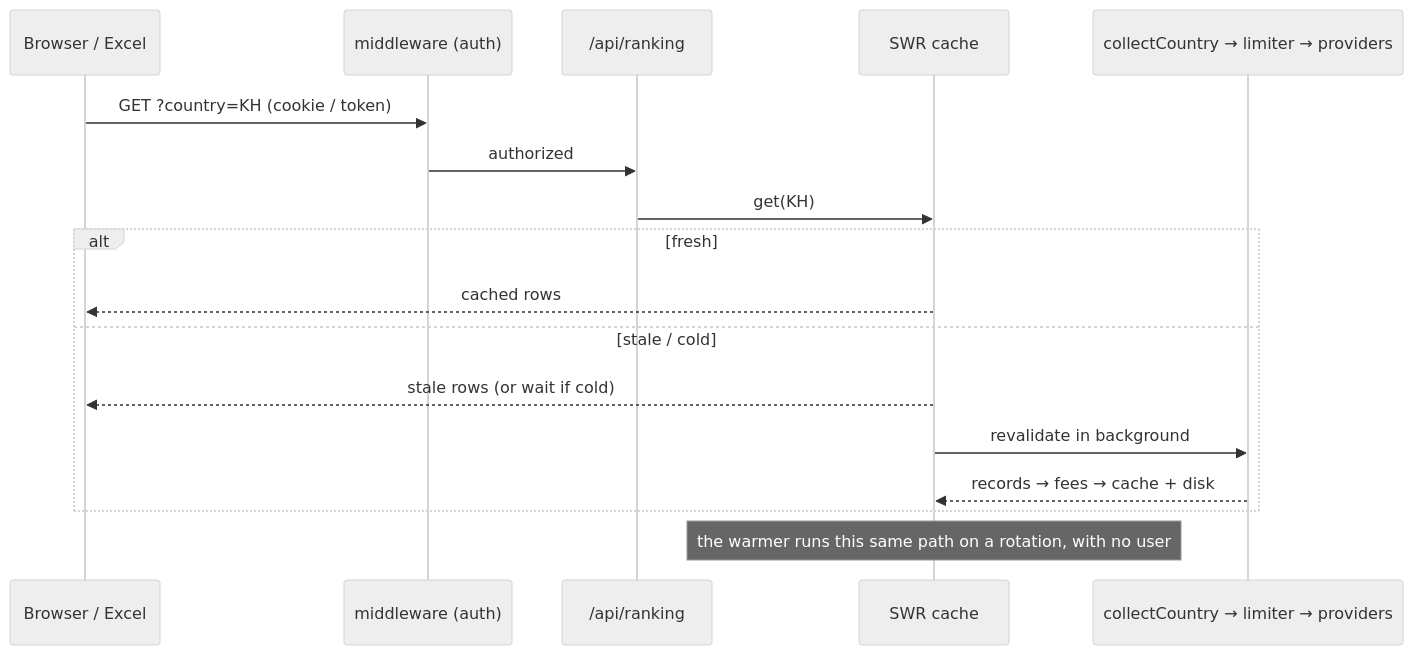
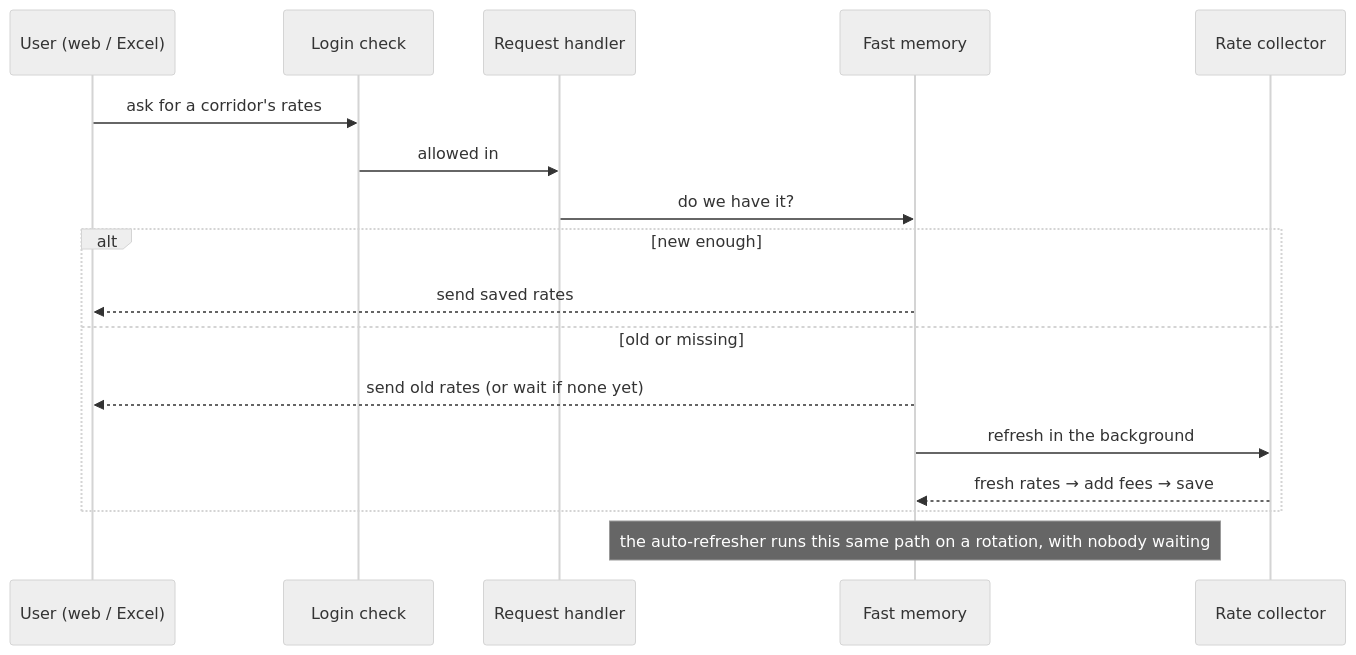
The fifth of 5 diagrams in README.md (Navong/rates-scrapper), drawn with Mermaid (neutral theme) before and after one commit. The commit also changed other lines of this file, not shown here.

First line of the commit message:
docs: plain-language diagram labels in README

````diff
--- a/README.md
+++ b/README.md
@@ -141,20 +141,20 @@
 ```mermaid
 sequenceDiagram
-    participant U as Browser / Excel
-    participant MW as middleware (auth)
-    participant API as /api/ranking
-    participant $ as SWR cache
-    participant O as collectCountry → limiter → providers
+    participant U as User (web / Excel)
+    participant MW as Login check
+    participant API as Request handler
+    participant $ as Fast memory
+    participant O as Rate collector
 
-    U->>MW: GET ?country=KH (cookie / token)
-    MW->>API: authorized
-    API->>$: get(KH)
-    alt fresh
-        $-->>U: cached rows
-    else stale / cold
-        $-->>U: stale rows (or wait if cold)
-        $->>O: revalidate in background
-        O-->>$: records → fees → cache + disk
+    U->>MW: ask for a corridor's rates
+    MW->>API: allowed in
+    API->>$: do we have it?
+    alt new enough
+        $-->>U: send saved rates
+    else old or missing
+        $-->>U: send old rates (or wait if none yet)
+        $->>O: refresh in the background
+        O-->>$: fresh rates → add fees → save
     end
-    Note over $: the warmer runs this same path on a rotation, with no user
+    Note over $: the auto-refresher runs this same path on a rotation, with nobody waiting
 ```
````
